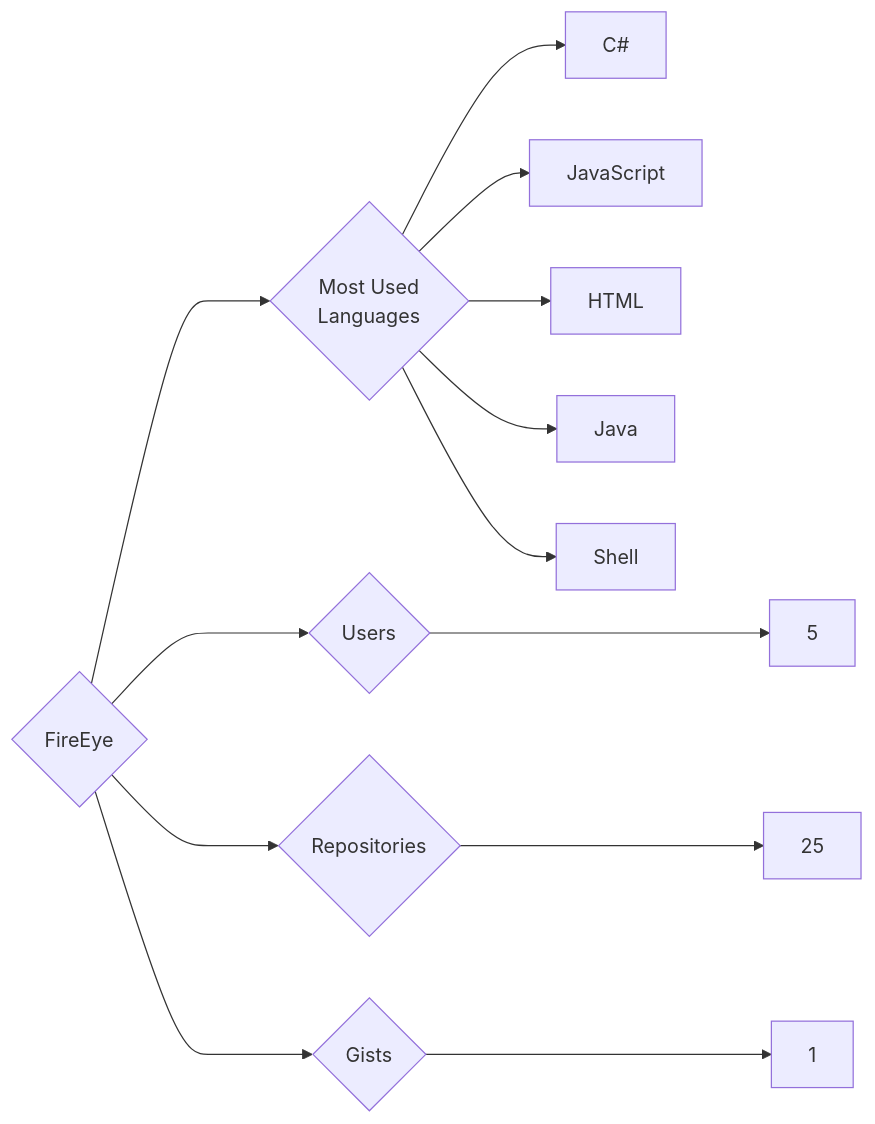
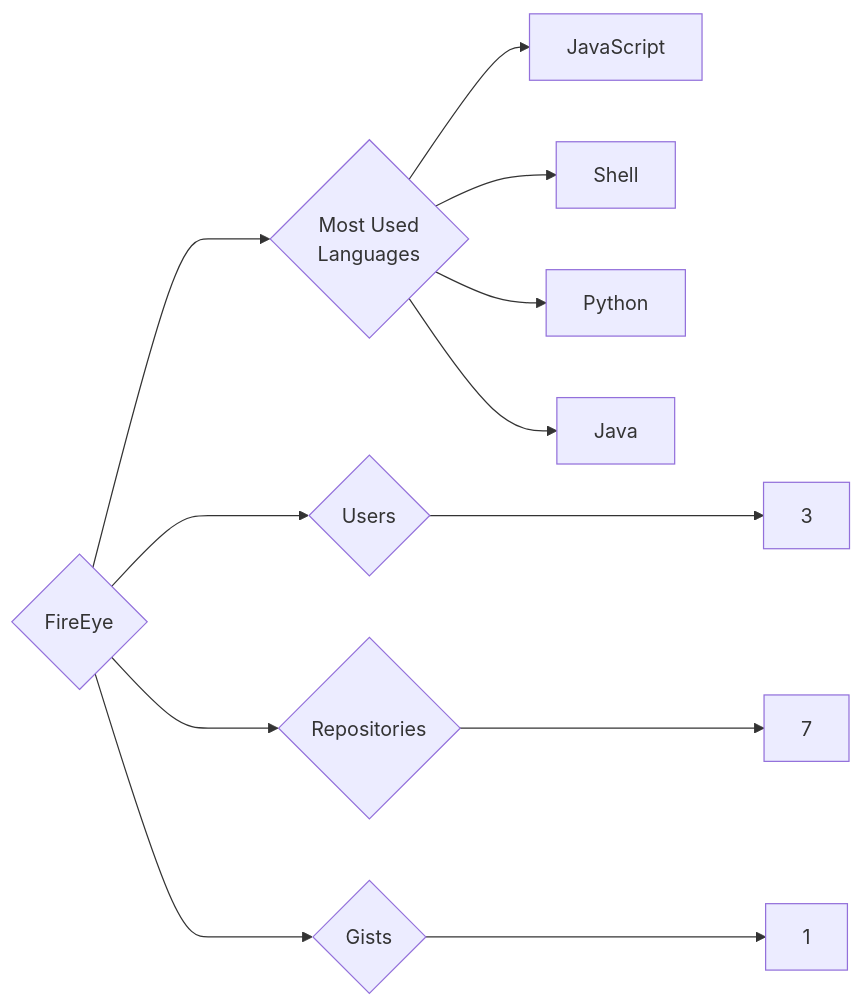
The diagram in targets/FireEye/README.md (trickest/insiders), drawn with Mermaid before and after one commit. The commit also changed 1003 other files, not shown here.

````diff
--- a/targets/FireEye/README.md
+++ b/targets/FireEye/README.md
@@ -3,13 +3,12 @@
 ```mermaid
 graph LR
 COMPANY_NAME{FireEye}
-COMPANY_NAME ---> U{Users} ---> UN[5]
-COMPANY_NAME ---> R{Repositories} ---> RN[25]
+COMPANY_NAME ---> U{Users} ---> UN[3]
+COMPANY_NAME ---> R{Repositories} ---> RN[7]
 COMPANY_NAME ---> G{Gists} ---> GN[1]
 COMPANY_NAME ---> ML{Most Used<br>Languages}
-ML --> C#[C#]
 ML --> JavaScript[JavaScript]
-ML --> HTML[HTML]
+ML --> Shell[Shell]
+ML --> Python[Python]
 ML --> Java[Java]
-ML --> Shell[Shell]
 ```
````
